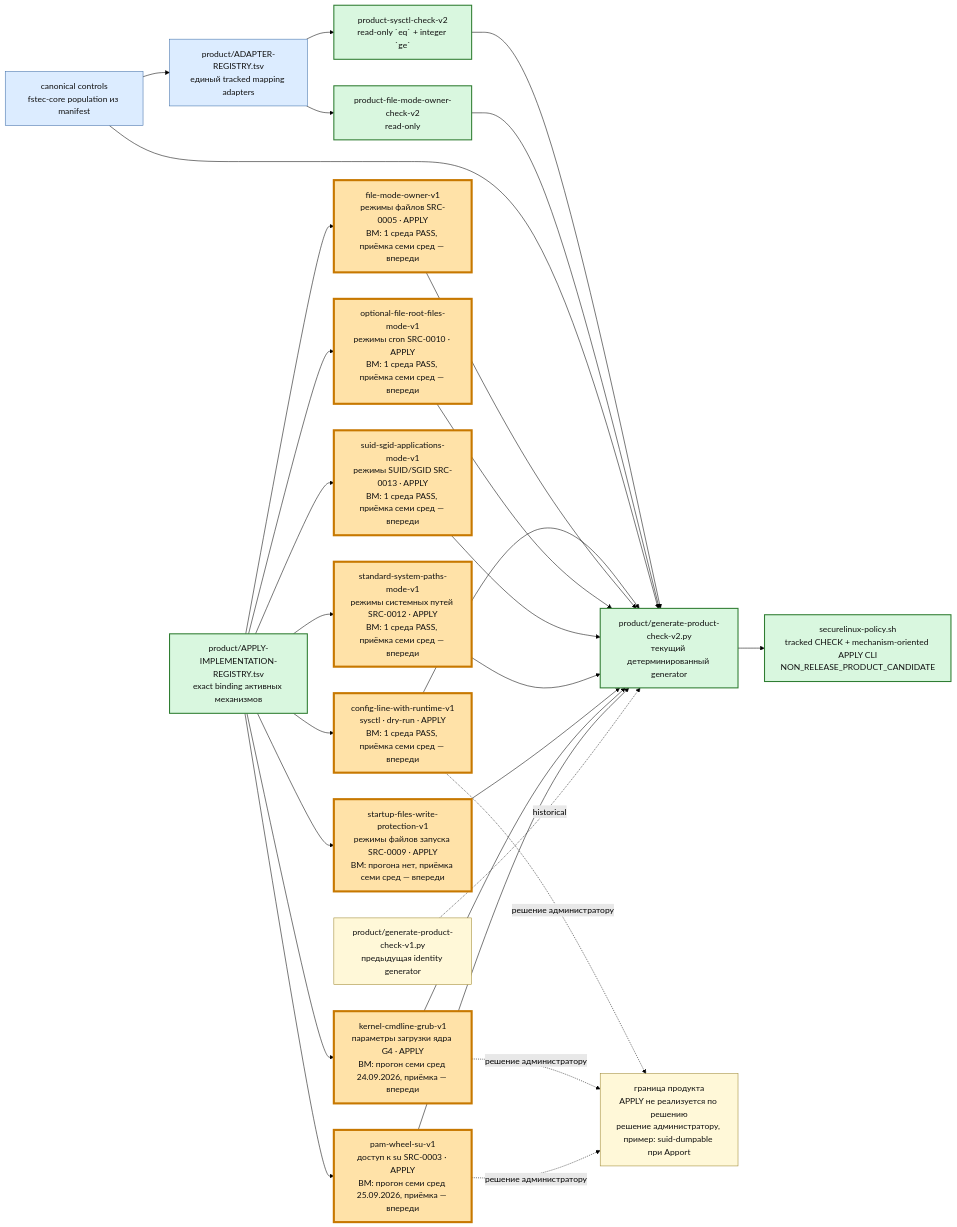
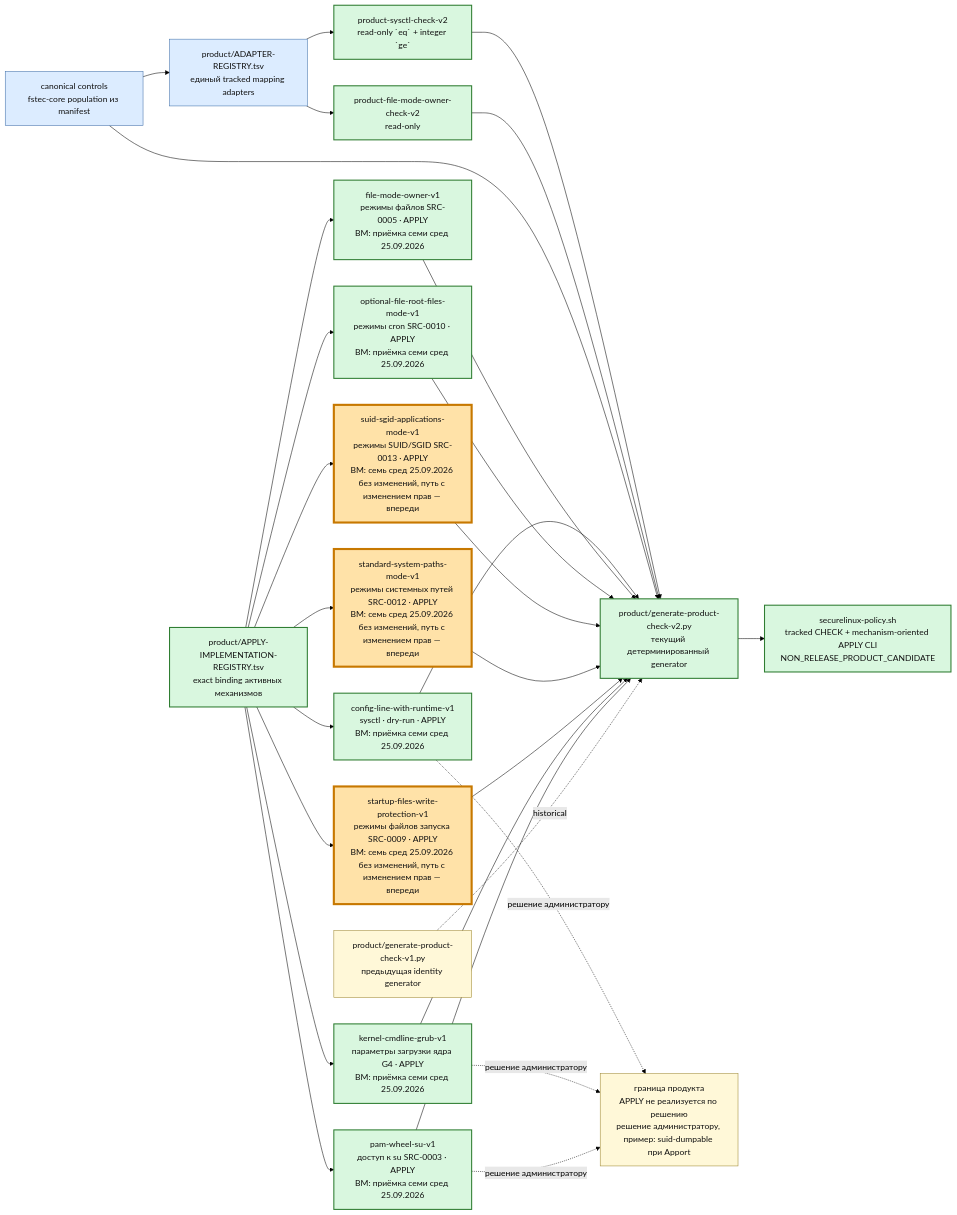
The third of 6 diagrams in docs/PROJECT-MAP.md (rasav65/SecureLinux-Policy), drawn with Mermaid (forest theme) before and after one commit. The commit also changed other lines of this file and 9 other files, not shown here.

First line of the commit message:
docs: приёмка ВМ-прогона 25.09.2026, статусы узлов механизмов

````diff
--- a/docs/PROJECT-MAP.md
+++ b/docs/PROJECT-MAP.md
@@ -206,44 +206,44 @@
 ```mermaid
 flowchart LR
     CTRLNOW["canonical controls<br/>fstec-core population из manifest"]:::component
     REG["product/ADAPTER-REGISTRY.tsv<br/>единый tracked mapping adapters"]:::component
     SYS["product-sysctl-check-v2<br/>read-only `eq` + integer `ge`"]:::closed
     FILE["product-file-mode-owner-check-v2<br/>read-only"]:::closed
     GEN1["product/generate-product-check-v1.py<br/>предыдущая identity generator"]:::note
     GEN2["product/generate-product-check-v2.py<br/>текущий детерминированный generator"]:::closed
     IMPLREG["product/APPLY-IMPLEMENTATION-REGISTRY.tsv<br/>exact binding активных механизмов"]:::closed
-    APPLY1["config-line-with-runtime-v1<br/>sysctl · dry-run · APPLY<br/>ВМ: 1 среда PASS, приёмка семи сред — впереди"]:::current
-    APPLY2["file-mode-owner-v1<br/>режимы файлов SRC-0005 · APPLY<br/>ВМ: 1 среда PASS, приёмка семи сред — впереди"]:::current
-    APPLY3["optional-file-root-files-mode-v1<br/>режимы cron SRC-0010 · APPLY<br/>ВМ: 1 среда PASS, приёмка семи сред — впереди"]:::current
-    APPLY4["suid-sgid-applications-mode-v1<br/>режимы SUID/SGID SRC-0013 · APPLY<br/>ВМ: 1 среда PASS, приёмка семи сред — впереди"]:::current
-    APPLY5["standard-system-paths-mode-v1<br/>режимы системных путей SRC-0012 · APPLY<br/>ВМ: 1 среда PASS, приёмка семи сред — впереди"]:::current
-    APPLY6["startup-files-write-protection-v1<br/>режимы файлов запуска SRC-0009 · APPLY<br/>ВМ: прогона нет, приёмка семи сред — впереди"]:::current
-    APPLY7["kernel-cmdline-grub-v1<br/>параметры загрузки ядра G4 · APPLY<br/>ВМ: прогон семи сред 24.09.2026, приёмка — впереди"]:::current
-    APPLY8["pam-wheel-su-v1<br/>доступ к su SRC-0003 · APPLY<br/>ВМ: прогон семи сред 25.09.2026, приёмка — впереди"]:::current
+    APPLY1["config-line-with-runtime-v1<br/>sysctl · dry-run · APPLY<br/>ВМ: приёмка семи сред 25.09.2026"]:::closed
+    APPLY2["file-mode-owner-v1<br/>режимы файлов SRC-0005 · APPLY<br/>ВМ: приёмка семи сред 25.09.2026"]:::closed
+    APPLY3["optional-file-root-files-mode-v1<br/>режимы cron SRC-0010 · APPLY<br/>ВМ: приёмка семи сред 25.09.2026"]:::closed
+    APPLY4["suid-sgid-applications-mode-v1<br/>режимы SUID/SGID SRC-0013 · APPLY<br/>ВМ: семь сред 25.09.2026 без изменений, путь с изменением прав — впереди"]:::current
+    APPLY5["standard-system-paths-mode-v1<br/>режимы системных путей SRC-0012 · APPLY<br/>ВМ: семь сред 25.09.2026 без изменений, путь с изменением прав — впереди"]:::current
+    APPLY6["startup-files-write-protection-v1<br/>режимы файлов запуска SRC-0009 · APPLY<br/>ВМ: семь сред 25.09.2026 без изменений, путь с изменением прав — впереди"]:::current
+    APPLY7["kernel-cmdline-grub-v1<br/>параметры загрузки ядра G4 · APPLY<br/>ВМ: приёмка семи сред 25.09.2026"]:::closed
+    APPLY8["pam-wheel-su-v1<br/>доступ к su SRC-0003 · APPLY<br/>ВМ: приёмка семи сред 25.09.2026"]:::closed
     CLI["securelinux-policy.sh<br/>tracked CHECK + mechanism-oriented APPLY CLI<br/>NON_RELEASE_PRODUCT_CANDIDATE"]:::closed
     ADMIN["граница продукта<br/>APPLY не реализуется по решению<br/>решение администратору, пример: suid-dumpable при Apport"]:::note
 
     CTRLNOW --> REG
     REG --> SYS
     REG --> FILE
     SYS --> GEN2
     FILE --> GEN2
     CTRLNOW --> GEN2 --> CLI
     IMPLREG --> APPLY1 --> GEN2
     IMPLREG --> APPLY2 --> GEN2
     IMPLREG --> APPLY3 --> GEN2
     IMPLREG --> APPLY4 --> GEN2
     IMPLREG --> APPLY5 --> GEN2
     IMPLREG --> APPLY6 --> GEN2
     IMPLREG --> APPLY7 --> GEN2
     IMPLREG --> APPLY8 --> GEN2
     APPLY1 -. решение администратору .-> ADMIN
     APPLY7 -. решение администратору .-> ADMIN
     APPLY8 -. решение администратору .-> ADMIN
     GEN1 -. historical .-> GEN2
 
     classDef closed fill:#d9f7df,stroke:#2f7d32,color:#111,stroke-width:2px;
     classDef component fill:#dcecff,stroke:#3e6ea8,color:#111;
     classDef current fill:#ffe2a8,stroke:#c77800,color:#111,stroke-width:4px;
     classDef note fill:#fff8d8,stroke:#9d8730,color:#111;
 ```
````
